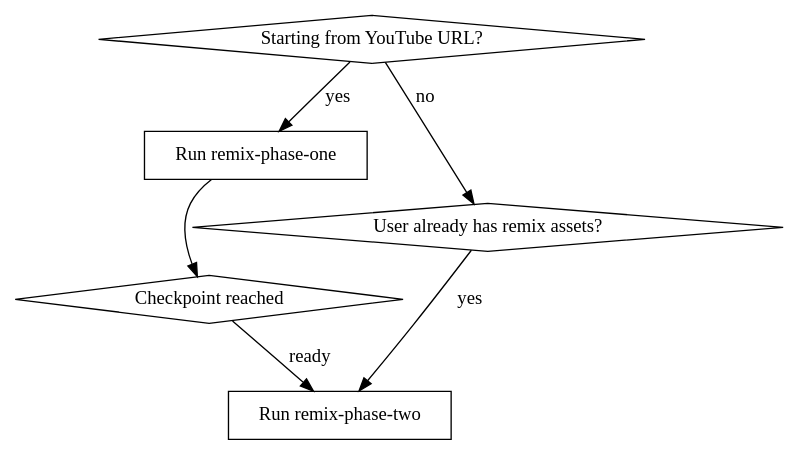
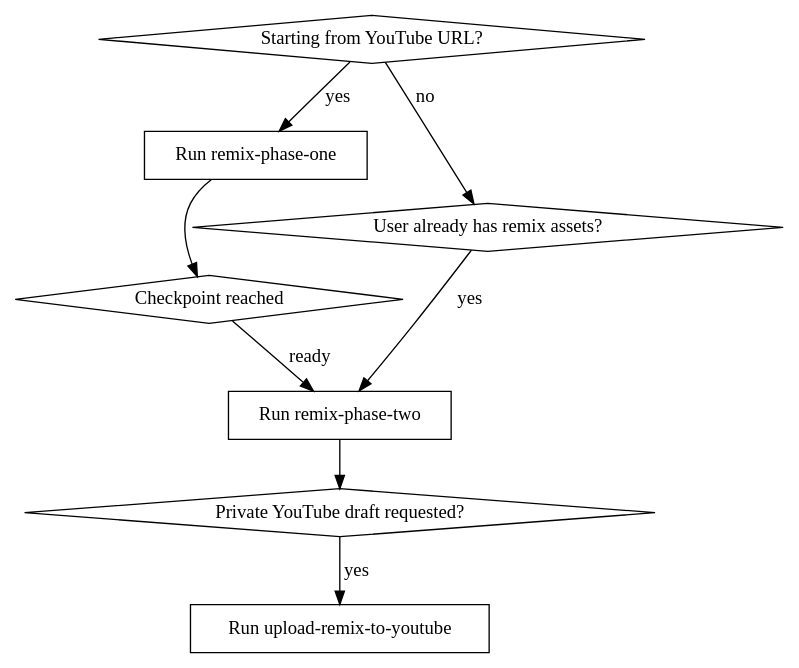
The diagram in .agents/skills/remix-full-pipeline/SKILL.md (r4ravi2008/remix-workflow-v3), drawn with Graphviz before and after one commit. The commit also changed other lines of this file and 8 other files, not shown here.

Commit message:
feat: add private YouTube draft workflow

````diff
--- a/.agents/skills/remix-full-pipeline/SKILL.md
+++ b/.agents/skills/remix-full-pipeline/SKILL.md
@@ -14,15 +14,19 @@
 ```dot
 digraph remix_full_pipeline {
     "Starting from YouTube URL?" [shape=diamond];
     "Run remix-phase-one" [shape=box];
     "Checkpoint reached" [shape=diamond];
     "Run remix-phase-two" [shape=box];
     "User already has remix assets?" [shape=diamond];
+    "Private YouTube draft requested?" [shape=diamond];
+    "Run upload-remix-to-youtube" [shape=box];
 
     "Starting from YouTube URL?" -> "Run remix-phase-one" [label="yes"];
     "Starting from YouTube URL?" -> "User already has remix assets?" [label="no"];
     "Run remix-phase-one" -> "Checkpoint reached";
     "Checkpoint reached" -> "Run remix-phase-two" [label="ready"];
     "User already has remix assets?" -> "Run remix-phase-two" [label="yes"];
+    "Run remix-phase-two" -> "Private YouTube draft requested?";
+    "Private YouTube draft requested?" -> "Run upload-remix-to-youtube" [label="yes"];
 }
 ```
````
